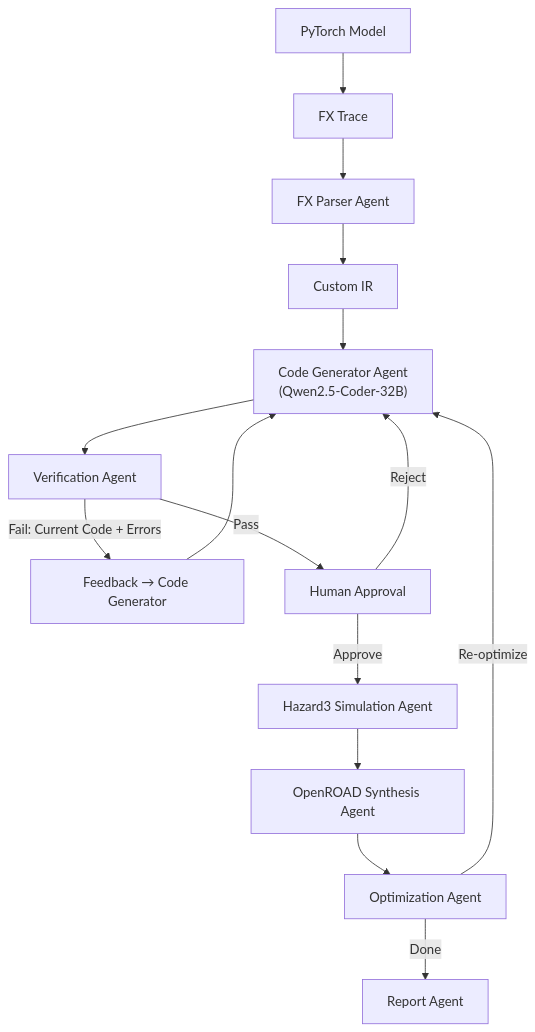
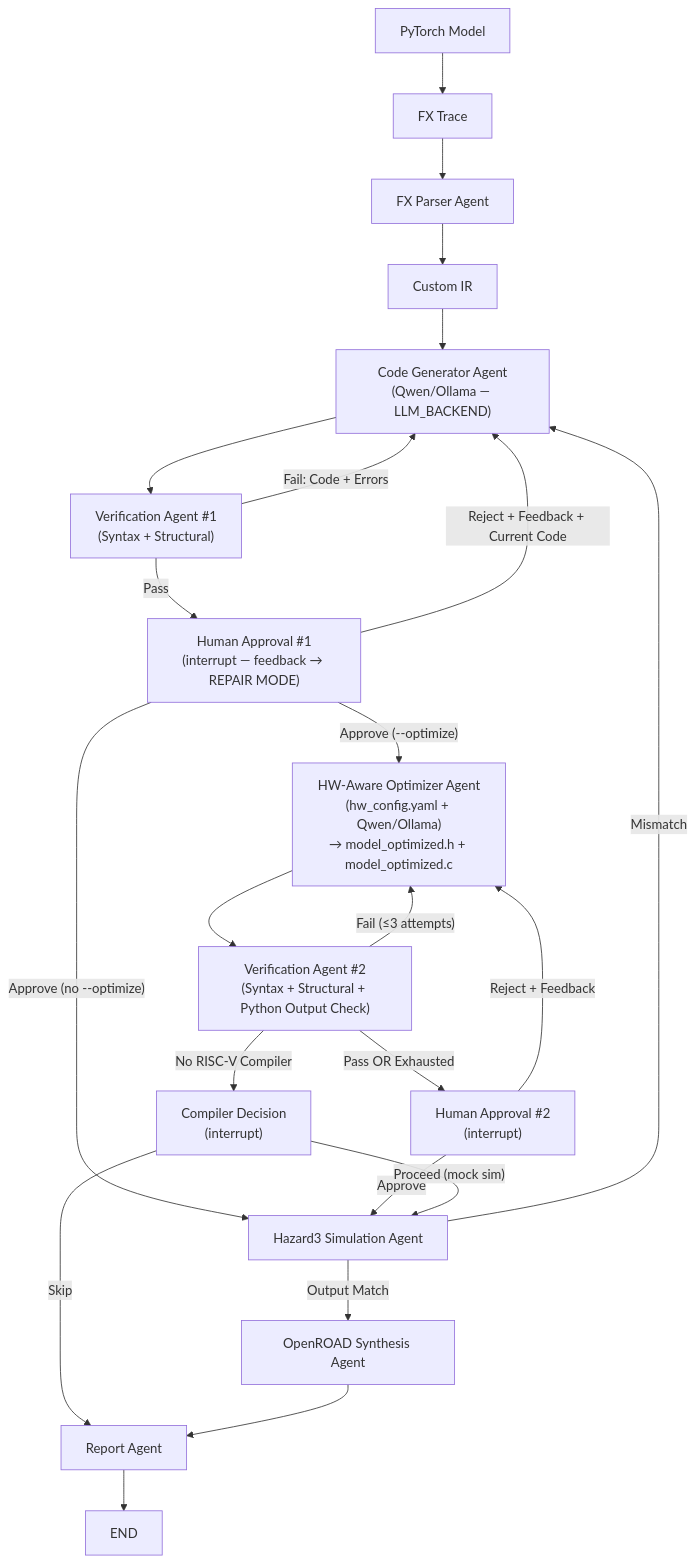
Before and after one commit to ashwin17083/customriscv: the diagram in IMPLEMENTATION_PLAN.md, drawn with Mermaid. The commit also changed other lines of this file and 15 other files, not shown here.

````diff
--- a/IMPLEMENTATION_PLAN.md
+++ b/IMPLEMENTATION_PLAN.md
@@ -11,17 +11,27 @@
 ```mermaid
 graph TD
     A["PyTorch Model"] --> B["FX Trace"]
     B --> C["FX Parser Agent"]
     C --> D["Custom IR"]
-    D --> E["Code Generator Agent<br/>(Qwen2.5-Coder-32B)"]
-    E --> F["Verification Agent"]
-    F -->|Fail: Current Code + Errors| G["Feedback → Code Generator"]
-    G --> E
-    F -->|Pass| H["Human Approval"]
-    H -->|Reject| E
-    H -->|Approve| I["Hazard3 Simulation Agent"]
-    I --> J["OpenROAD Synthesis Agent"]
-    J --> K["Optimization Agent"]
-    K -->|Re-optimize| E
-    K -->|Done| L["Report Agent"]
+    D --> E["Code Generator Agent<br/>(Qwen/Ollama — LLM_BACKEND)"]
+    E --> F["Verification Agent #1<br/>(Syntax + Structural)"]
+    F -->|"Fail: Code + Errors"| E
+    F -->|"Pass"| H["Human Approval #1<br/>(interrupt — feedback → REPAIR MODE)"]
+    H -->|"Reject + Feedback + Current Code"| E
+    H -->|"Approve (no --optimize)"| SIM
+    H -->|"Approve (--optimize)"| OPT
+    OPT["HW-Aware Optimizer Agent<br/>(hw_config.yaml + Qwen/Ollama)<br/>→ model_optimized.h + model_optimized.c"] --> V2
+    V2["Verification Agent #2<br/>(Syntax + Structural + Python Output Check)"]
+    V2 -->|"Fail (≤3 attempts)"| OPT
+    V2 -->|"Pass OR Exhausted"| H2["Human Approval #2<br/>(interrupt)"]
+    V2 -->|"No RISC-V Compiler"| CD["Compiler Decision<br/>(interrupt)"]
+    H2 -->|"Reject + Feedback"| OPT
+    H2 -->|"Approve"| SIM
+    CD -->|"Proceed (mock sim)"| SIM
+    CD -->|"Skip"| REP
+    SIM["Hazard3 Simulation Agent"]
+    SIM -->|"Output Match"| SYNTH["OpenROAD Synthesis Agent"]
+    SIM -->|"Mismatch"| E
+    SYNTH --> REP["Report Agent"]
+    REP --> END["END"]
 ```
````
